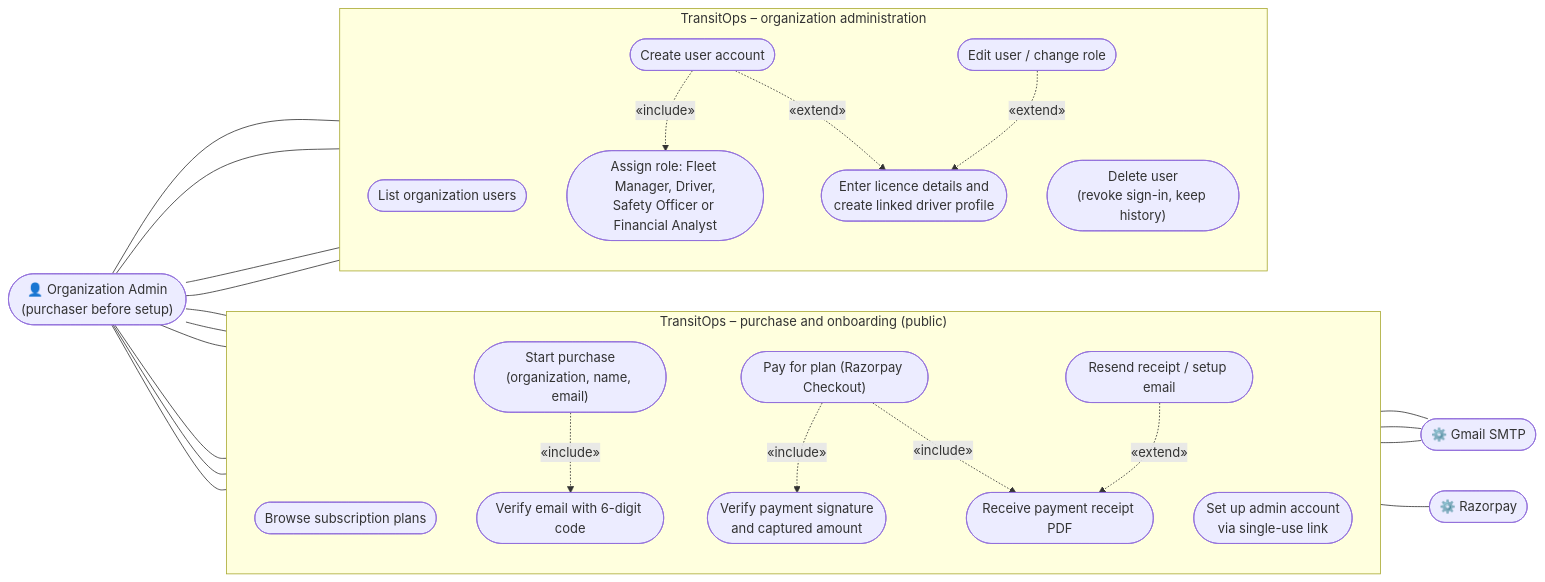
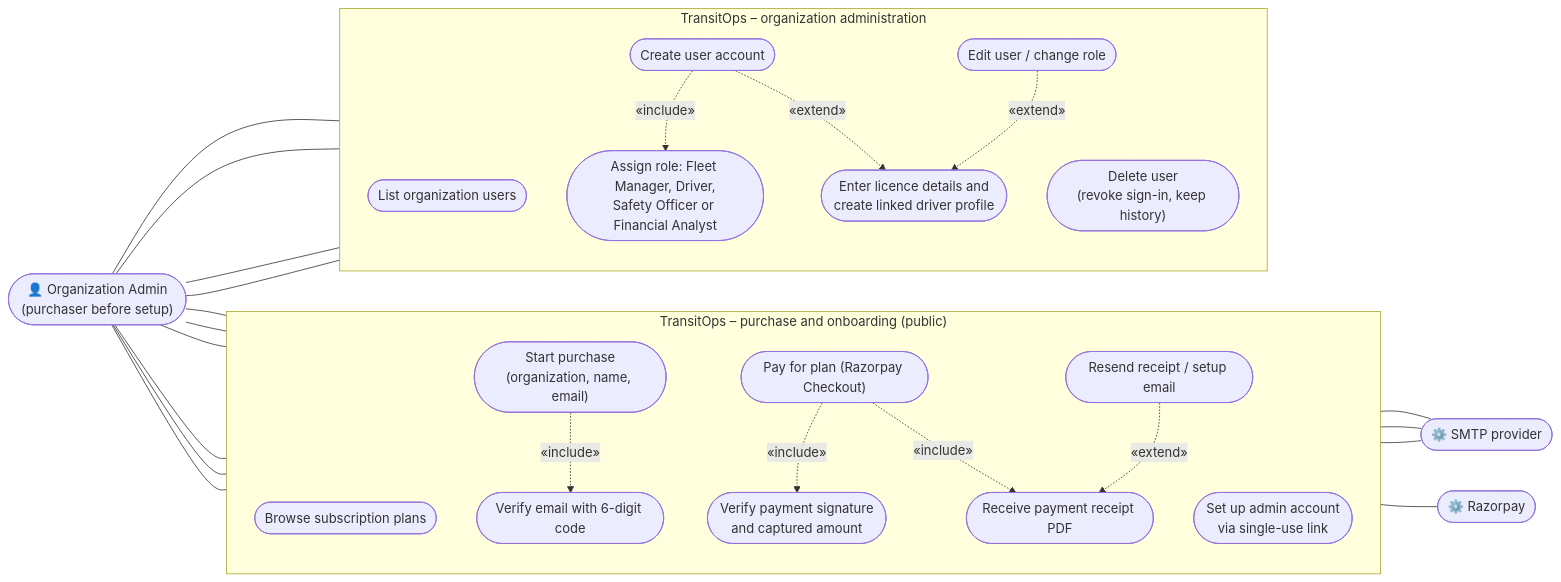
One commit to Bhavika-Giyanani/TransitOps changed the sixth of 6 diagrams in docs/uml/01-use-case.md. Above: the diagram before and after it, drawn with Mermaid. The commit also changed other lines of this file and 48 other files, not shown here.

````diff
--- a/docs/uml/01-use-case.md
+++ b/docs/uml/01-use-case.md
@@ -167,42 +167,42 @@
 ```mermaid
 flowchart LR
     OA(["👤 Organization Admin<br/>(purchaser before setup)"])
     RZP(["⚙️ Razorpay"])
-    SMTP(["⚙️ Gmail SMTP"])
+    SMTP(["⚙️ SMTP provider"])
 
     subgraph BUY["TransitOps – purchase and onboarding (public)"]
         direction TB
         P1(["Browse subscription plans"])
         P2(["Start purchase<br/>(organization, name, email)"])
         P3(["Verify email with 6-digit code"])
         P4(["Pay for plan (Razorpay Checkout)"])
         P4a(["Verify payment signature<br/>and captured amount"])
         P5(["Receive payment receipt PDF"])
         P6(["Set up admin account<br/>via single-use link"])
         P7(["Resend receipt / setup email"])
     end
 
     subgraph ADMIN["TransitOps – organization administration"]
         direction TB
         O1(["List organization users"])
         O2(["Create user account"])
         O2a(["Assign role: Fleet Manager, Driver,<br/>Safety Officer or Financial Analyst"])
         O2b(["Enter licence details and<br/>create linked driver profile"])
         O3(["Edit user / change role"])
         O4(["Delete user<br/>(revoke sign-in, keep history)"])
     end
 
     OA --- P1 & P2 & P3 & P4 & P6 & P7
     OA --- O1 & O2 & O3 & O4
     P2 -. "«include»" .-> P3
     P4 -. "«include»" .-> P4a
     P4 -. "«include»" .-> P5
     P7 -. "«extend»" .-> P5
     O2 -. "«include»" .-> O2a
     O2 -. "«extend»" .-> O2b
     O3 -. "«extend»" .-> O2b
     P3 --- SMTP
     P5 --- SMTP
     P6 --- SMTP
     P4 --- RZP
 ```
````
